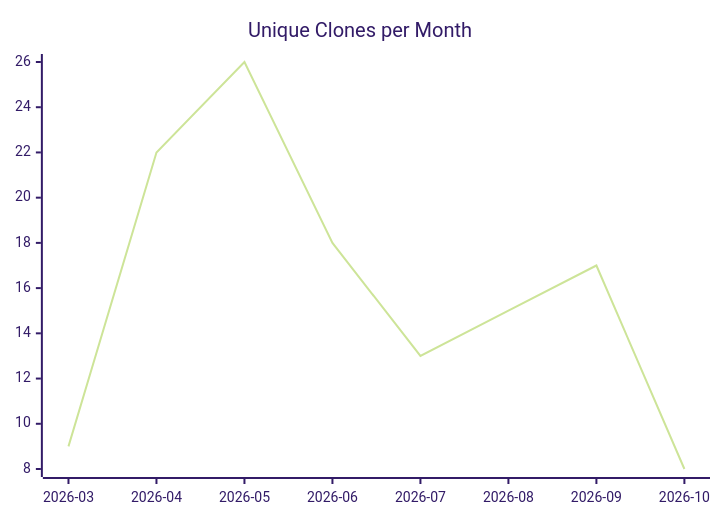
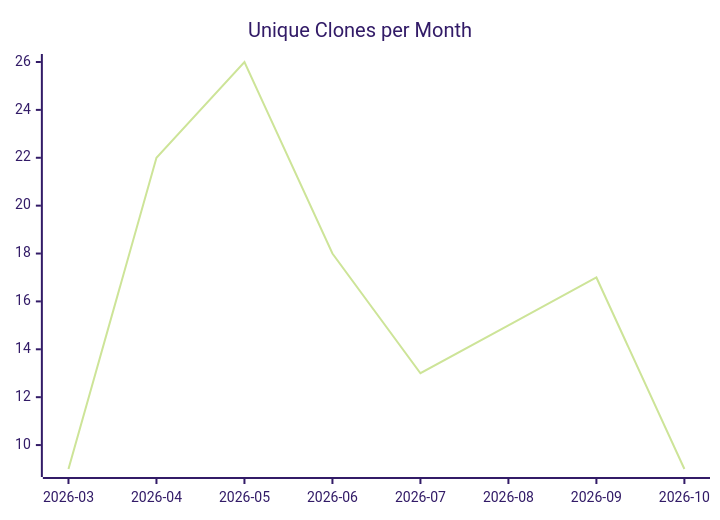
One commit to justdavis-family/github-analytics-data changed the third of 3 diagrams in karlmdavis/lego-ev3dev-rs/README.md. Above: the diagram before and after it, drawn with Mermaid (forest theme). The commit also changed other lines of this file and 199 other files, not shown here.

````diff
--- a/karlmdavis/lego-ev3dev-rs/README.md
+++ b/karlmdavis/lego-ev3dev-rs/README.md
@@ -19,6 +19,6 @@
 ```mermaid
 xychart-beta
   title "Unique Clones per Month"
   x-axis ["2026-03", "2026-04", "2026-05", "2026-06", "2026-07", "2026-08", "2026-09", "2026-10"]
-  line [9, 22, 26, 18, 13, 15, 17, 8]
+  line [9, 22, 26, 18, 13, 15, 17, 9]
 ```
````
